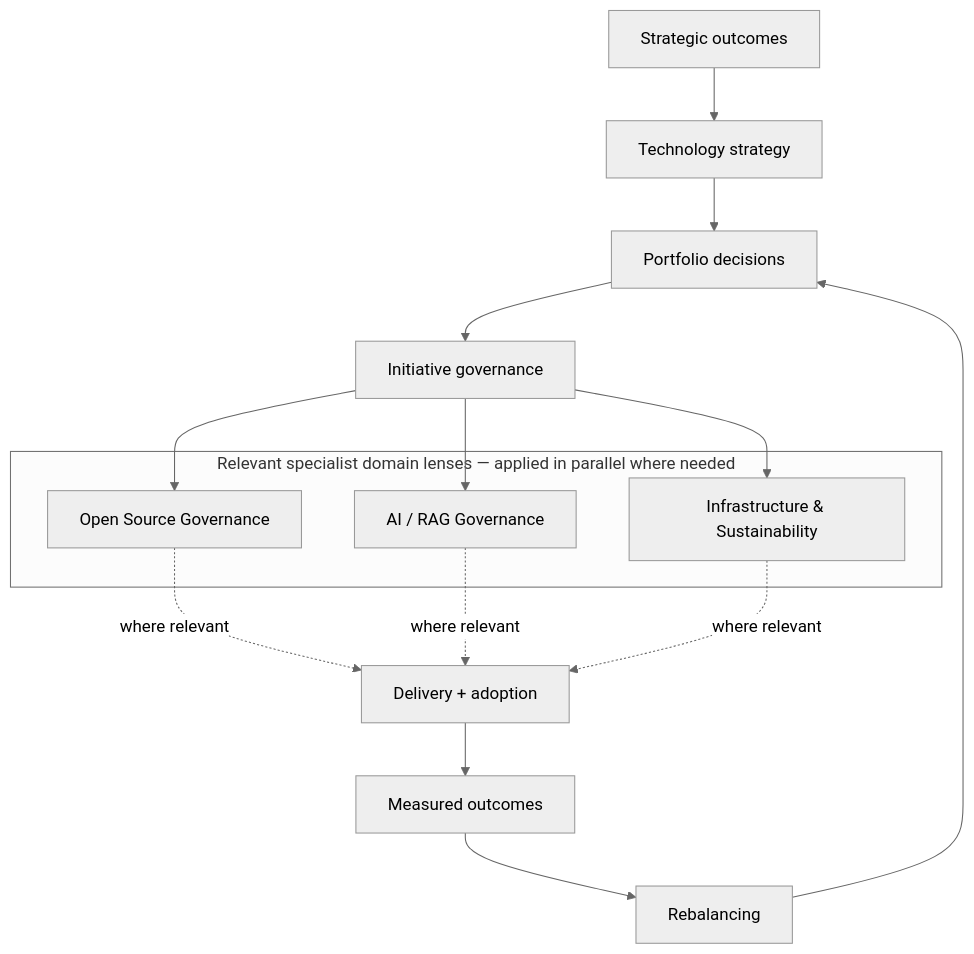
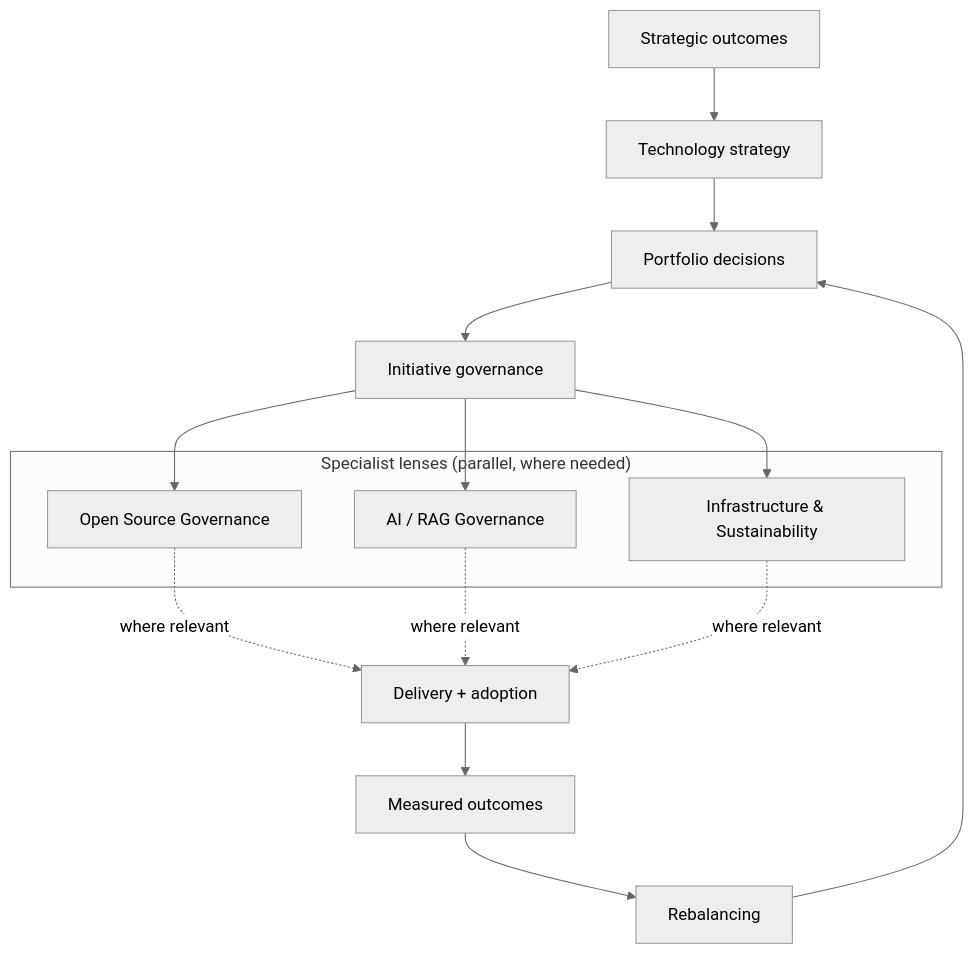
Before and after one commit to A13xandr0/A13xandr0: the second of 3 diagrams in README.md, drawn with Mermaid (neutral theme).

Commit message:
Shorten Mermaid subgraph label to prevent overlap

````diff
--- a/README.md
+++ b/README.md
@@ -95,20 +95,20 @@
 ```mermaid
 flowchart TD
     A["Strategic outcomes"] --> B["Technology strategy"]
     B --> C["Portfolio decisions"]
     C --> D["Initiative governance"]
-    subgraph Domains["Relevant specialist domain lenses — applied in parallel where needed"]
+    subgraph Domains["Specialist lenses (parallel, where needed)"]
         E["Open Source Governance"]
         F["AI / RAG Governance"]
         G["Infrastructure & Sustainability"]
     end
     D --> E
     D --> F
     D --> G
     E -. "where relevant" .-> H["Delivery + adoption"]
     F -. "where relevant" .-> H
     G -. "where relevant" .-> H
     H --> I["Measured outcomes"]
     I --> J["Rebalancing"]
     J --> C
 ```
````
